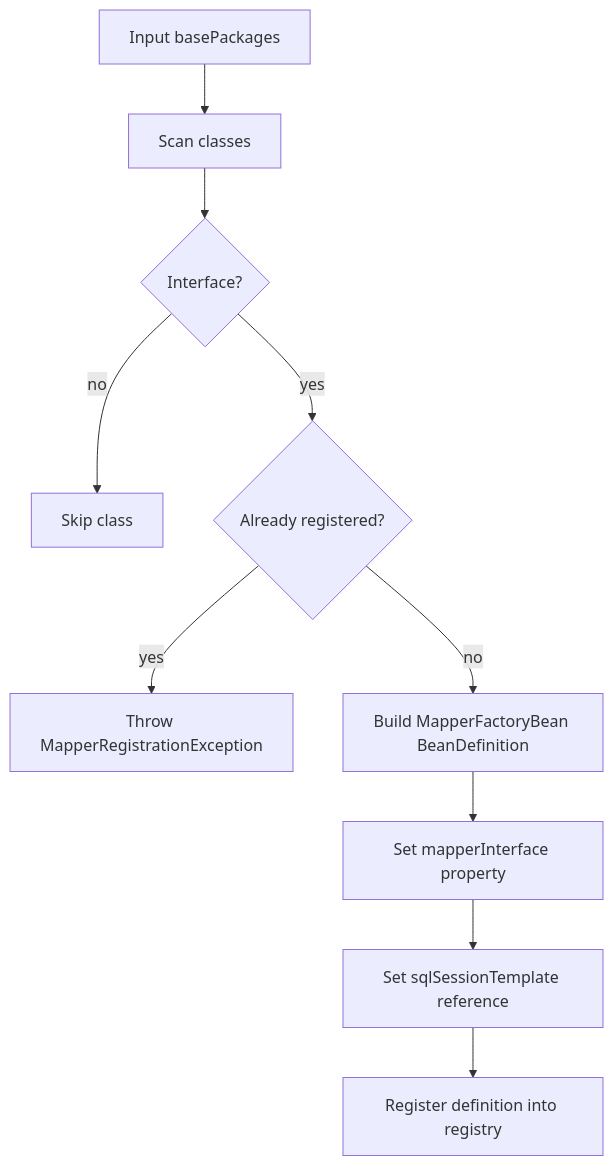
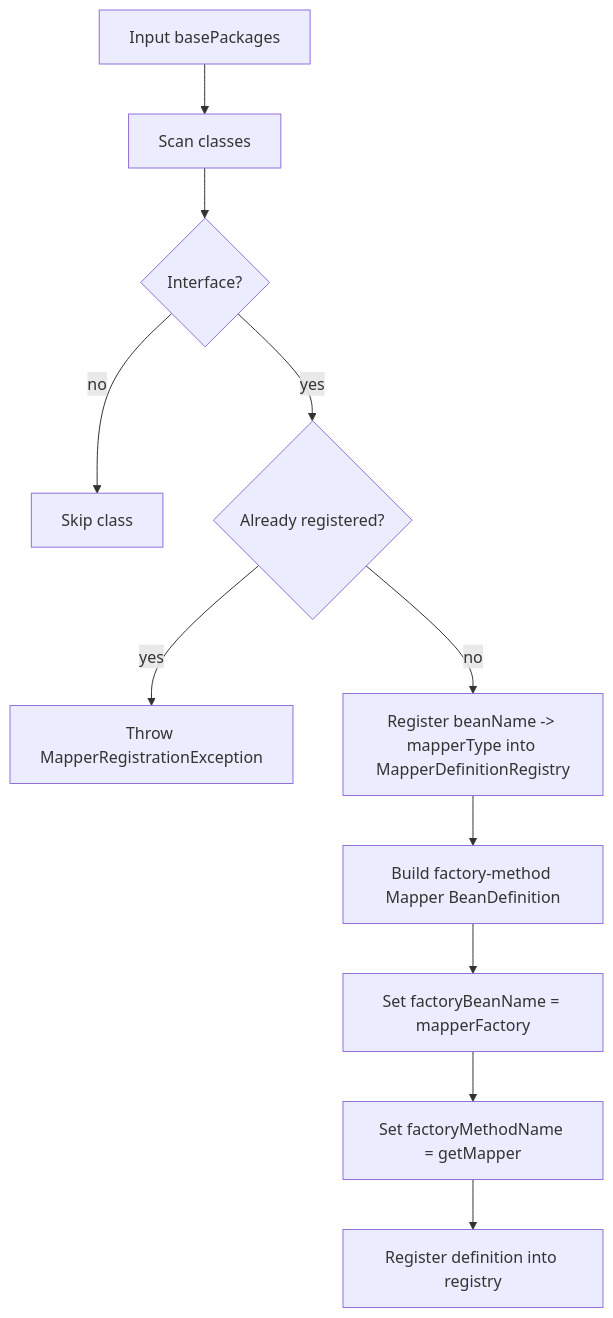
One commit to Jianing-Xu/mini-mybatis changed the second of 3 diagrams in docs/integration-mybatis-spring-phase-1.md. Above: the diagram before and after it, drawn with Mermaid. The commit also changed other lines of this file and 2 other files, not shown here.

````diff
--- a/docs/integration-mybatis-spring-phase-1.md
+++ b/docs/integration-mybatis-spring-phase-1.md
@@ -225,12 +261,13 @@
 ```mermaid
 flowchart TD
     p1m1["Input basePackages"] --> p1m2["Scan classes"]
     p1m2 --> p1m3{"Interface?"}
     p1m3 -->|no| p1m4["Skip class"]
     p1m3 -->|yes| p1m5{"Already registered?"}
     p1m5 -->|yes| p1m6["Throw MapperRegistrationException"]
-    p1m5 -->|no| p1m7["Build MapperFactoryBean BeanDefinition"]
-    p1m7 --> p1m8["Set mapperInterface property"]
-    p1m8 --> p1m9["Set sqlSessionTemplate reference"]
-    p1m9 --> p1m10["Register definition into registry"]
+    p1m5 -->|no| p1m7["Register beanName -> mapperType into MapperDefinitionRegistry"]
+    p1m7 --> p1m8["Build factory-method Mapper BeanDefinition"]
+    p1m8 --> p1m9["Set factoryBeanName = mapperFactory"]
+    p1m9 --> p1m10["Set factoryMethodName = getMapper"]
+    p1m10 --> p1m11["Register definition into registry"]
 ```
````
